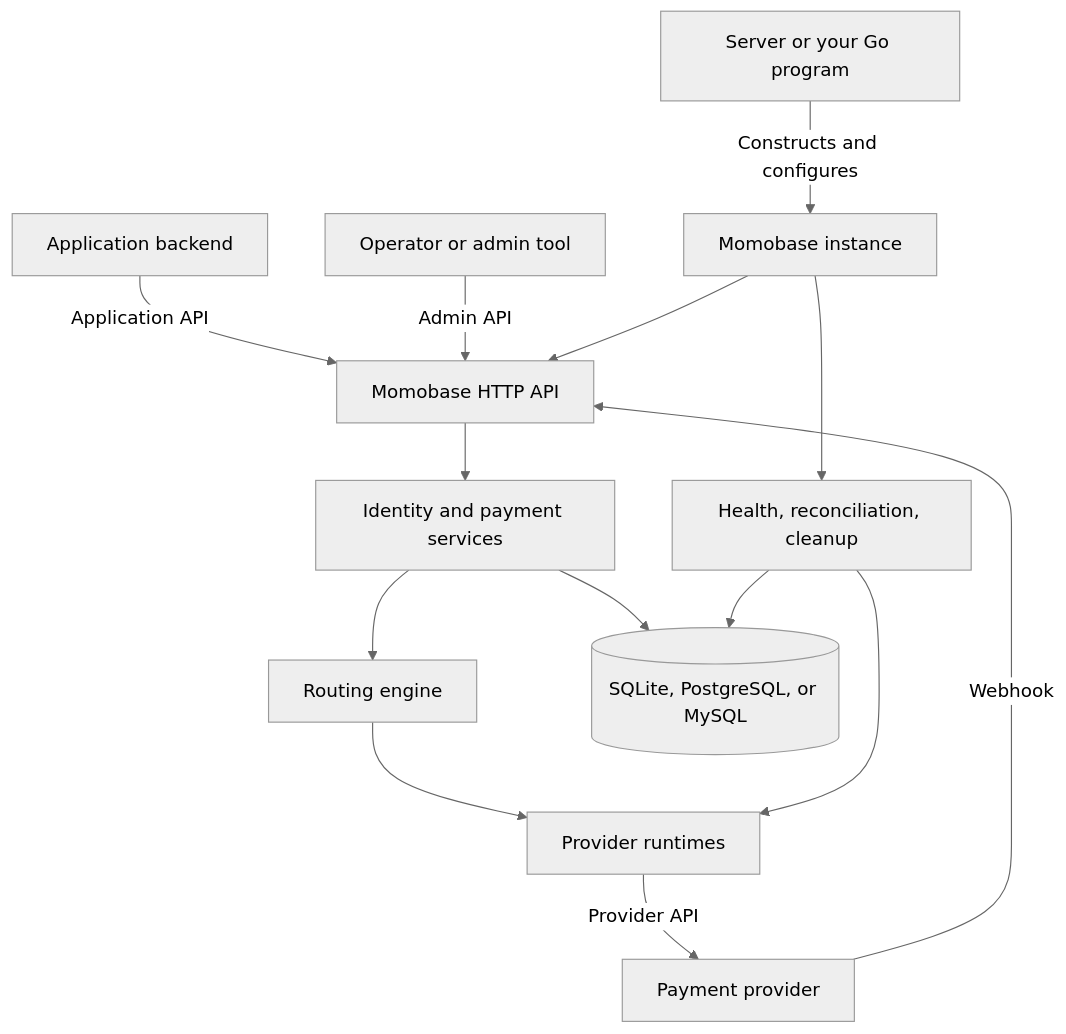
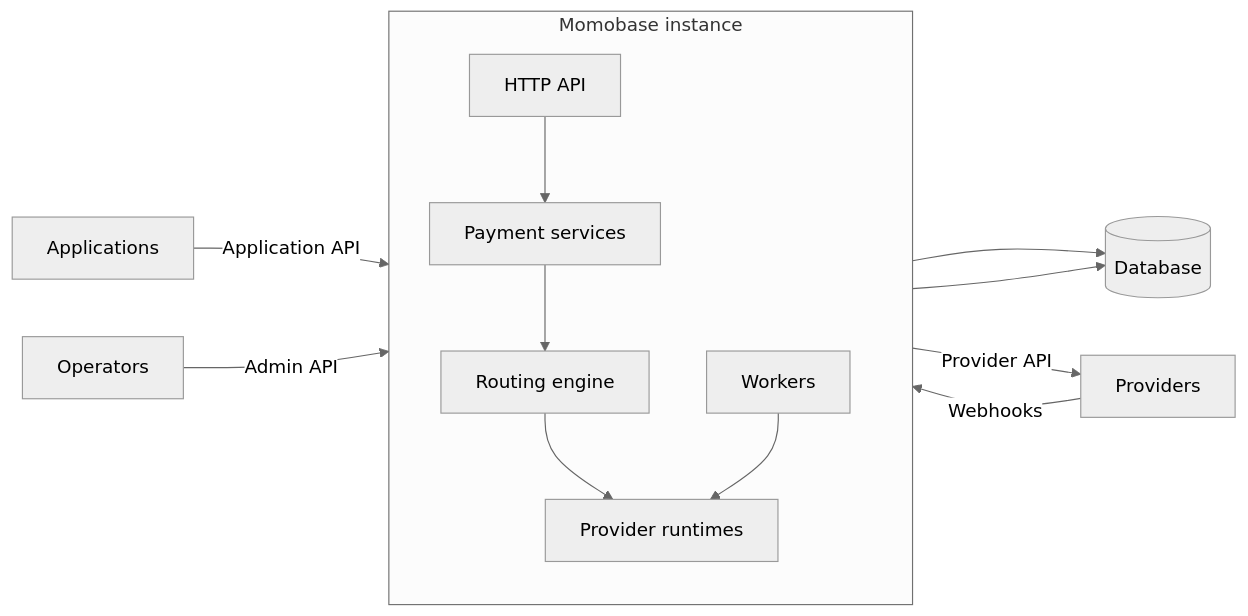
One commit to momobasehq/momobasehq.github.io changed the second of 2 diagrams in guide/index.md. Above: the diagram before and after it, drawn with Mermaid (neutral theme). The commit also changed other lines of this file and 4 other files, not shown here.

Commit message:
docs: redraw diagrams as grouped flowcharts and architecture views

````diff
--- a/guide/index.md
+++ b/guide/index.md
@@ -25,16 +31,16 @@
 ```mermaid
-flowchart TD
-    Client[Application backend] -->|Application API| HTTP[Momobase HTTP API]
-    Operator[Operator or admin tool] -->|Admin API| HTTP
-    Upstream[Payment provider] -->|Webhook| HTTP
-    Host[Server or your Go program] -->|Constructs and configures| Instance[Momobase instance]
-    HTTP --> Services[Identity and payment services]
-    Services --> Routing[Routing engine]
-    Routing --> Runtime[Provider runtimes]
-    Runtime -->|Provider API| Upstream
-    Services --> Database[(SQLite, PostgreSQL, or MySQL)]
-    Workers[Health, reconciliation, cleanup] --> Runtime
-    Workers --> Database
-    Instance --> HTTP
-    Instance --> Workers
+flowchart LR
+    App[Applications] -->|Application API| API
+    Ops[Operators] -->|Admin API| API
+    Provider[Providers] -->|Webhooks| API
+    subgraph instance[Momobase instance]
+        direction TB
+        API[HTTP API] --> Services[Payment services]
+        Services --> Routing[Routing engine]
+        Routing --> Runtimes[Provider runtimes]
+        Workers[Workers] --> Runtimes
+    end
+    Services --> DB[(Database)]
+    Workers --> DB
+    Runtimes -->|Provider API| Provider
 ```
````
